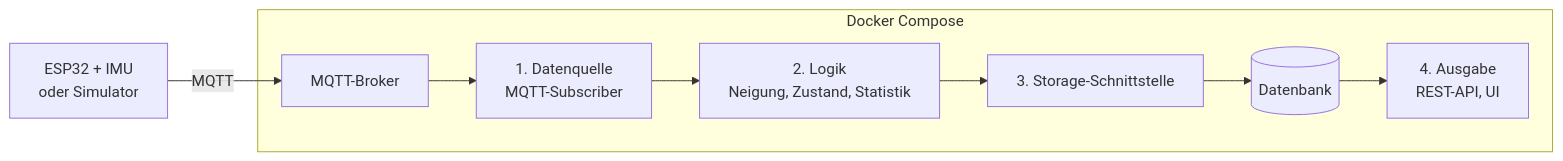
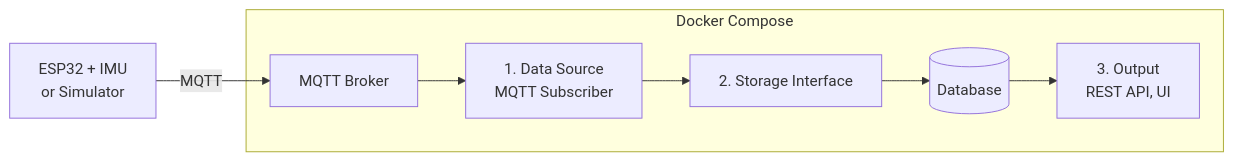
One commit to schusim/SW_engineeringProject changed the diagram in README.md. Above: the diagram before and after it, drawn with Mermaid. The commit also changed other lines of this file, not shown here.

````diff
--- a/README.md
+++ b/README.md
@@ -32,11 +29,10 @@
 ```mermaid
 flowchart LR
-    ESP["ESP32 + IMU<br/>oder Simulator"] -->|MQTT| BRK["MQTT-Broker"]
+    ESP["ESP32 + IMU<br/>or Simulator"] -->|MQTT| BRK["MQTT Broker"]
     subgraph Docker Compose
-        BRK --> SRC["1. Datenquelle<br/>MQTT-Subscriber"]
-        SRC --> LOG["2. Logik<br/>Neigung, Zustand, Statistik"]
-        LOG --> STO["3. Storage-Schnittstelle"]
-        STO --> DB[("Datenbank")]
-        DB --> OUT["4. Ausgabe<br/>REST-API, UI"]
+        BRK --> SRC["1. Data Source<br/>MQTT Subscriber"]
+        SRC --> STO["2. Storage Interface"]
+        STO --> DB[("Database")]
+        DB --> OUT["3. Output<br/>REST API, UI"]
     end
 ```
````
